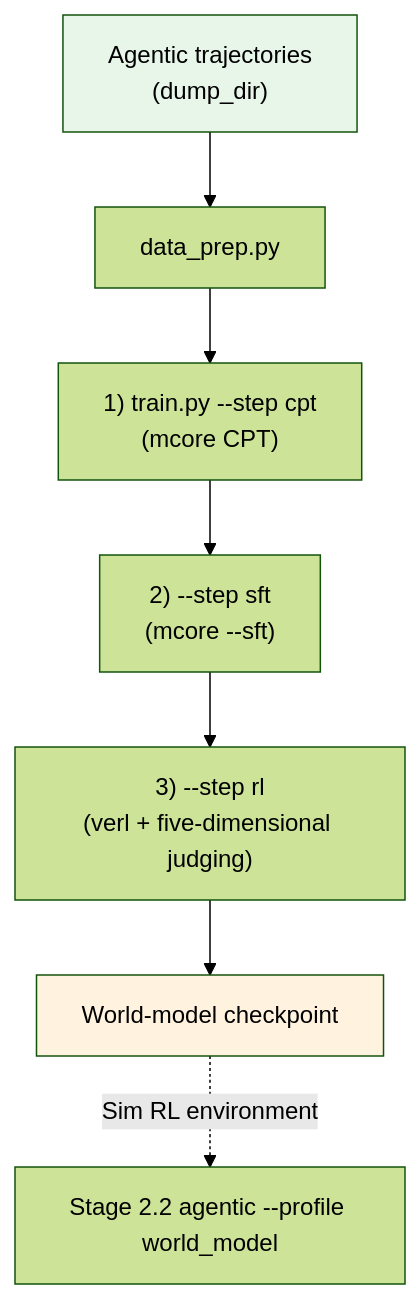
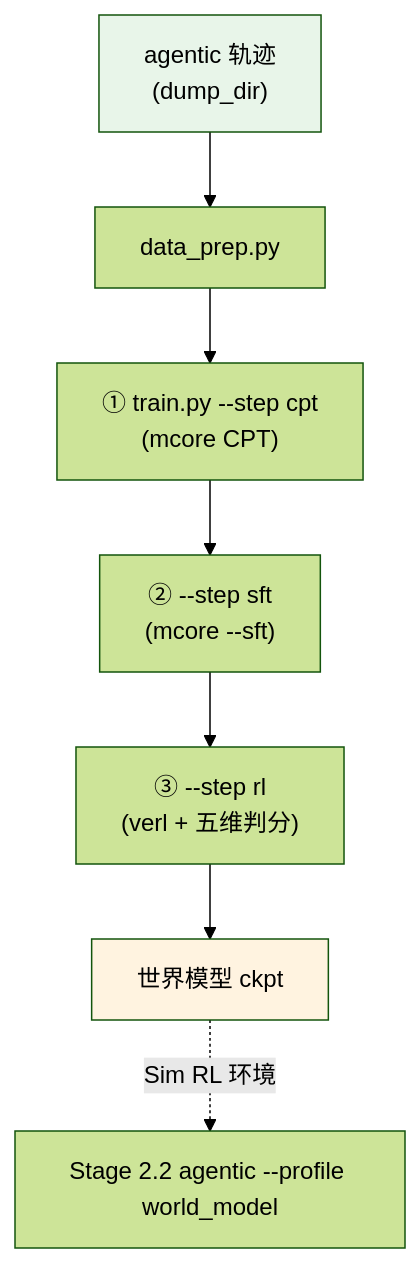
One commit to zongzhilou/shensi changed the diagram in src/shensi/recipes/shensi/stage2_rl/stage4_world_model/README.md. Above: the diagram before and after it, drawn with Mermaid (forest theme). The commit also changed other lines of this file and 13 other files, not shown here.

````diff
--- a/src/shensi/recipes/shensi/stage2_rl/stage4_world_model/README.md
+++ b/src/shensi/recipes/shensi/stage2_rl/stage4_world_model/README.md
@@ -82,10 +76,9 @@
 ```mermaid
 flowchart TB
-    traj["Agentic trajectories<br/>(dump_dir)"] --> dp["data_prep.py"]
-    dp --> cpt["1) train.py --step cpt<br/>(mcore CPT)"] --> sft["2) --step sft<br/>(mcore --sft)"] --> rl["3) --step rl<br/>(verl + five-dimensional judging)"]
-    rl --> wm["World-model checkpoint"]
-    wm -.->|"Sim RL environment"| agentic["Stage 2.2 agentic --profile world_model"]
-
+    traj["agentic 轨迹<br/>(dump_dir)"] --> dp["data_prep.py"]
+    dp --> cpt["① train.py --step cpt<br/>(mcore CPT)"] --> sft["② --step sft<br/>(mcore --sft)"] --> rl["③ --step rl<br/>(verl + 五维判分)"]
+    rl --> wm["世界模型 ckpt"]
+    wm -.->|"Sim RL 环境"| agentic["Stage 2.2 agentic --profile world_model"]
     style traj fill:#e8f5e9
     style wm fill:#fff3e0
 ```
````
